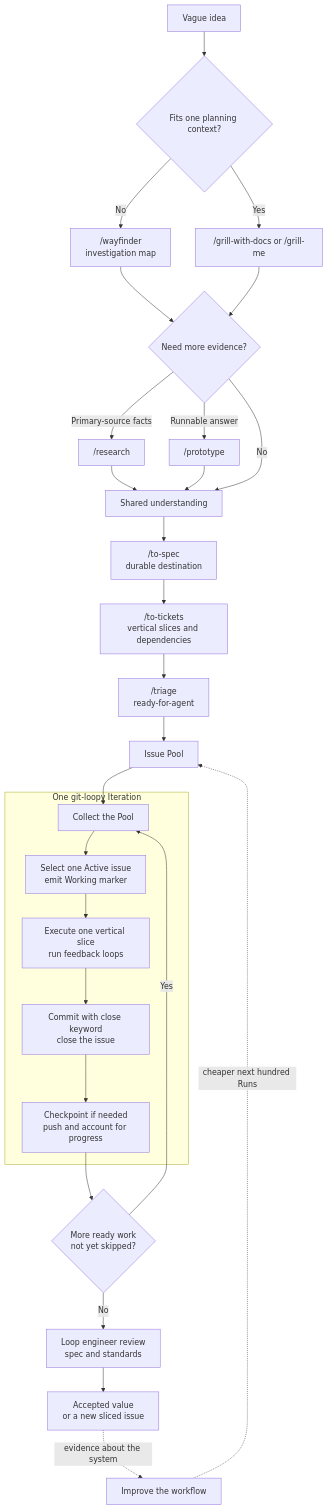
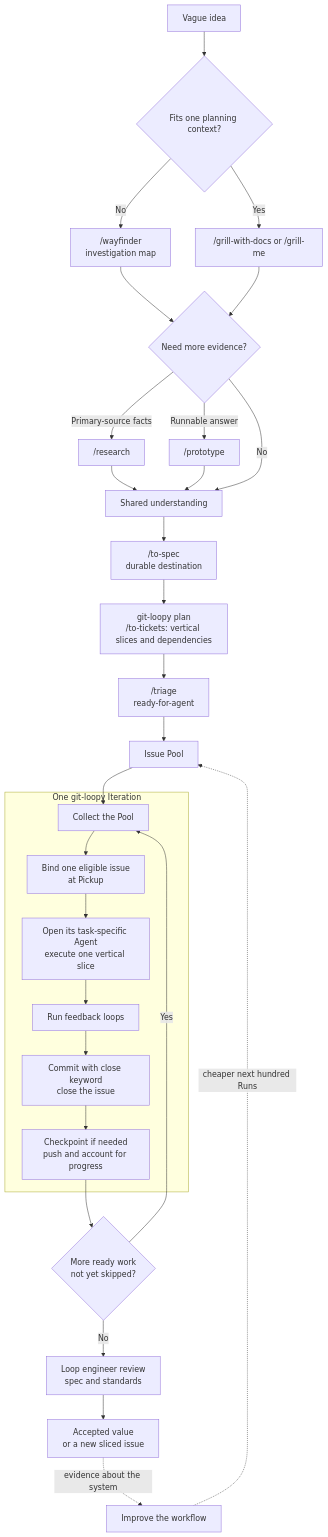
Before and after one commit to bradcstevens/git-loopy: the second of 2 diagrams in README.md, drawn with Mermaid. The commit also changed other lines of this file and 4 other files, not shown here.

````diff
--- a/README.md
+++ b/README.md
@@ -325,30 +339,31 @@
 ```mermaid
 flowchart TD
     Idea["Vague idea"] --> Scope{"Fits one planning context?"}
     Scope -- "No" --> Wayfinder["/wayfinder<br/>investigation map"]
     Scope -- "Yes" --> Grill["/grill-with-docs or /grill-me"]
     Wayfinder --> Evidence{"Need more evidence?"}
     Grill --> Evidence
     Evidence -- "Primary-source facts" --> Research["/research"] --> Agreed["Shared understanding"]
     Evidence -- "Runnable answer" --> Prototype["/prototype"] --> Agreed
     Evidence -- "No" --> Agreed
     Agreed --> Spec["/to-spec<br/>durable destination"]
-    Spec --> Tickets["/to-tickets<br/>vertical slices and dependencies"]
+    Spec --> Tickets["git-loopy plan<br/>/to-tickets: vertical slices and dependencies"]
     Tickets --> Triage["/triage<br/>ready-for-agent"]
     Triage --> Pool["Issue Pool"]
 
     subgraph Iteration["One git-loopy Iteration"]
-        Collect["Collect the Pool"] --> Select["Select one Active issue<br/>emit Working marker"]
-        Select --> Execute["Execute one vertical slice<br/>run feedback loops"]
-        Execute --> Close["Commit with close keyword<br/>close the issue"]
+        Collect["Collect the Pool"] --> Bind["Bind one eligible issue<br/>at Pickup"]
+        Bind --> Execute["Open its task-specific Agent<br/>execute one vertical slice"]
+        Execute --> Verify["Run feedback loops"]
+        Verify --> Close["Commit with close keyword<br/>close the issue"]
         Close --> Account["Checkpoint if needed<br/>push and account for progress"]
     end
 
     Pool --> Collect
     Account --> Continue{"More ready work<br/>not yet skipped?"}
     Continue -- "Yes" --> Collect
     Continue -- "No" --> Review["Loop engineer review<br/>spec and standards"]
     Review --> Value["Accepted value<br/>or a new sliced issue"]
     Value -. "evidence about the system" .-> Improve["Improve the workflow"]
     Improve -. "cheaper next hundred Runs" .-> Pool
 ```
````
